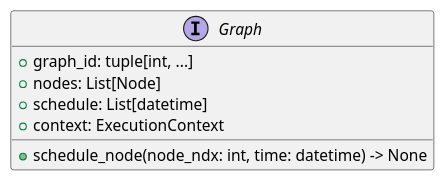
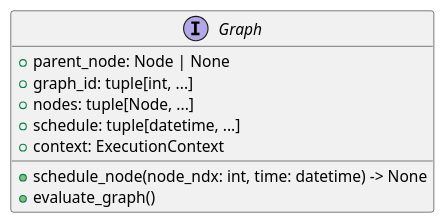
The sixth of 6 diagrams in docs/concepts/forward_propogation_graph.md (hhenson/hgraph), drawn with PlantUML before and after one commit. The commit also changed other lines of this file and 9 other files, not shown here.

Commit message:
Update documentation and generate png files for UML descriptions.

````diff
--- a/docs/concepts/forward_propogation_graph.md
+++ b/docs/concepts/forward_propogation_graph.md
@@ -147,9 +196,13 @@
 ```plantuml
+@startuml graph_uml
 interface Graph {
-    +graph_id: tuple[int, ...]
-    +nodes: List[Node]
-    +schedule: List[datetime]
-    +context: ExecutionContext
-    +schedule_node(node_ndx: int, time: datetime) -> None
+    + parent_node: Node | None
+    + graph_id: tuple[int, ...]
+    + nodes: tuple[Node, ...]
+    + schedule: tuple[datetime, ...]
+    + context: ExecutionContext
+    + schedule_node(node_ndx: int, time: datetime) -> None
+    + evaluate_graph()
 }
+@enduml
 ```
````
